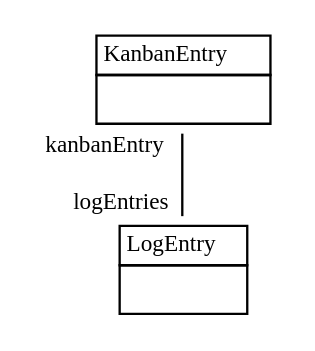
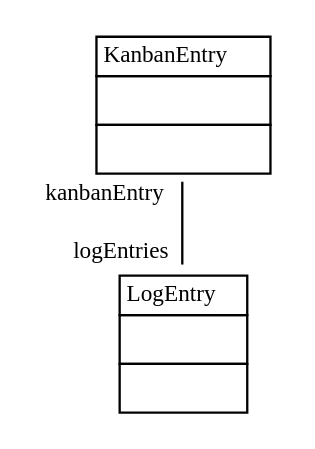
One commit to fujaba/SDMLib changed the diagram in doc/ScenarioClasses.001.dot. Above: the diagram before and after it, drawn with Graphviz. The commit also changed 14 other files, not shown here.

```diff
--- a/doc/ScenarioClasses.001.dot
+++ b/doc/ScenarioClasses.001.dot
@@ -1,13 +1,13 @@
 
  graph ClassDiagram {
     node [shape = none, fontsize = 10]; 
     edge [fontsize = 10];
     
     
-    KanbanEntry [label=<<table border='0' cellborder='1' cellspacing='0'> <tr> <td>KanbanEntry</td> </tr> <tr><td><table border='0' cellborder='0' cellspacing='0'> <tr><td> </td></tr> </table></td></tr> </table>>];
-    LogEntry [label=<<table border='0' cellborder='1' cellspacing='0'> <tr> <td>LogEntry</td> </tr> <tr><td><table border='0' cellborder='0' cellspacing='0'> <tr><td> </td></tr> </table></td></tr> </table>>];
+    KanbanEntry [label=<<table border='0' cellborder='1' cellspacing='0'> <tr> <td>KanbanEntry</td> </tr> <tr><td><table border='0' cellborder='0' cellspacing='0'> <tr><td> </td></tr> </table></td></tr> <tr><td><table border='0' cellborder='0' cellspacing='0'> <tr><td> </td></tr> </table></td></tr> </table>>];
+    LogEntry [label=<<table border='0' cellborder='1' cellspacing='0'> <tr> <td>LogEntry</td> </tr> <tr><td><table border='0' cellborder='0' cellspacing='0'> <tr><td> </td></tr> </table></td></tr> <tr><td><table border='0' cellborder='0' cellspacing='0'> <tr><td> </td></tr> </table></td></tr> </table>>];
     
     
     
     KanbanEntry -- LogEntry [headlabel = "logEntries" taillabel = "kanbanEntry"];
 }
```
